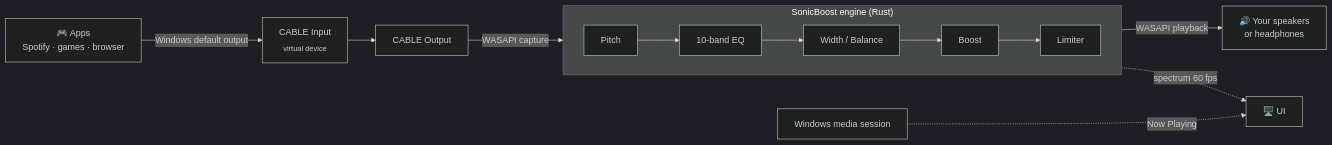
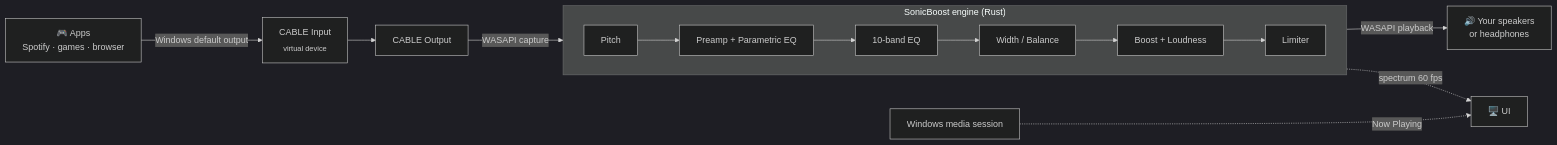
The diagram in README.md (fr4gout/SonicBoost), drawn with Mermaid (dark theme) before and after one commit. The commit also changed other lines of this file and 17 other files, not shown here.

````diff
--- a/README.md
+++ b/README.md
@@ -129,13 +137,13 @@
 ```mermaid
 flowchart LR
     A["🎮 Apps<br/>Spotify · games · browser"] -->|"Windows default output"| B["CABLE Input<br/><sub>virtual device</sub>"]
     B --> C["CABLE Output"]
     C -->|"WASAPI capture"| D
     subgraph D ["SonicBoost engine (Rust)"]
         direction LR
-        D1["Pitch"] --> D2["10-band EQ"] --> D3["Width / Balance"] --> D4["Boost"] --> D5["Limiter"]
+        D1["Pitch"] --> D2["Preamp + Parametric EQ"] --> D2b["10-band EQ"] --> D3["Width / Balance"] --> D4["Boost + Loudness"] --> D5["Limiter"]
     end
     D -->|"WASAPI playback"| E["🔊 Your speakers<br/>or headphones"]
     D -.->|"spectrum 60 fps"| F["🖥️ UI"]
     G["Windows media session"] -.->|"Now Playing"| F
 ```
````
